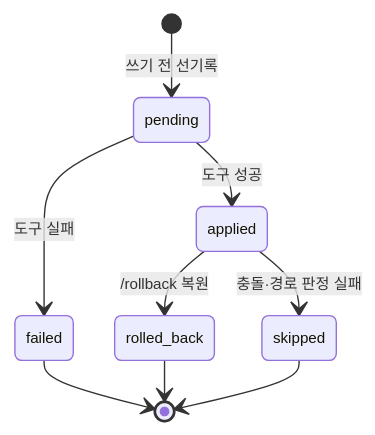
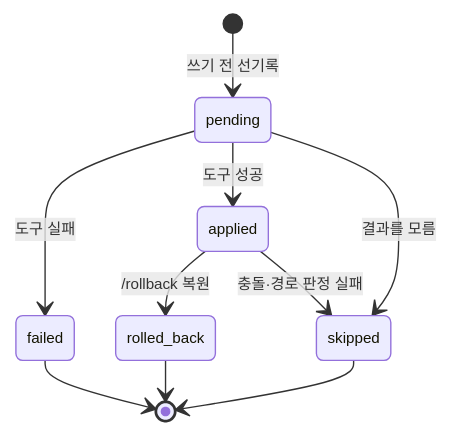
Before and after one commit to RadiantCitron/hermes-agent-study: the sixth of 6 diagrams in docs/로드맵/11-체크포인트-롤백-MVP/ROADMAP.md, drawn with Mermaid. The commit also changed other lines of this file and 1 other file, not shown here.

First line of the commit message:
docs(roadmap): R11-PLAN - 010 지시서 작성 (체크포인트 원장, 스키마 v6, 시나리오 18개)

````diff
--- a/docs/로드맵/11-체크포인트-롤백-MVP/ROADMAP.md
+++ b/docs/로드맵/11-체크포인트-롤백-MVP/ROADMAP.md
@@ -156,12 +156,13 @@
 ```mermaid
 %%{init: {"themeVariables": {"fontSize": "11px"}, "flowchart": {"nodeSpacing": 30, "rankSpacing": 30}}}%%
 stateDiagram-v2
   [*] --> pending : 쓰기 전 선기록
   pending --> applied : 도구 성공
   pending --> failed : 도구 실패
   applied --> rolled_back : /rollback 복원
   applied --> skipped : 충돌·경로 판정 실패
+  pending --> skipped : 결과를 모름
   failed --> [*]
   rolled_back --> [*]
   skipped --> [*]
 ```
````
